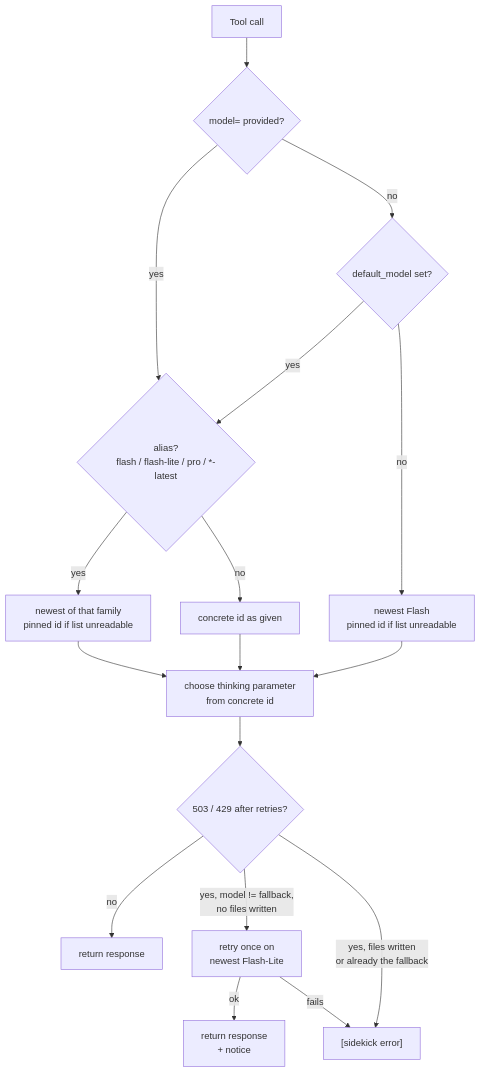
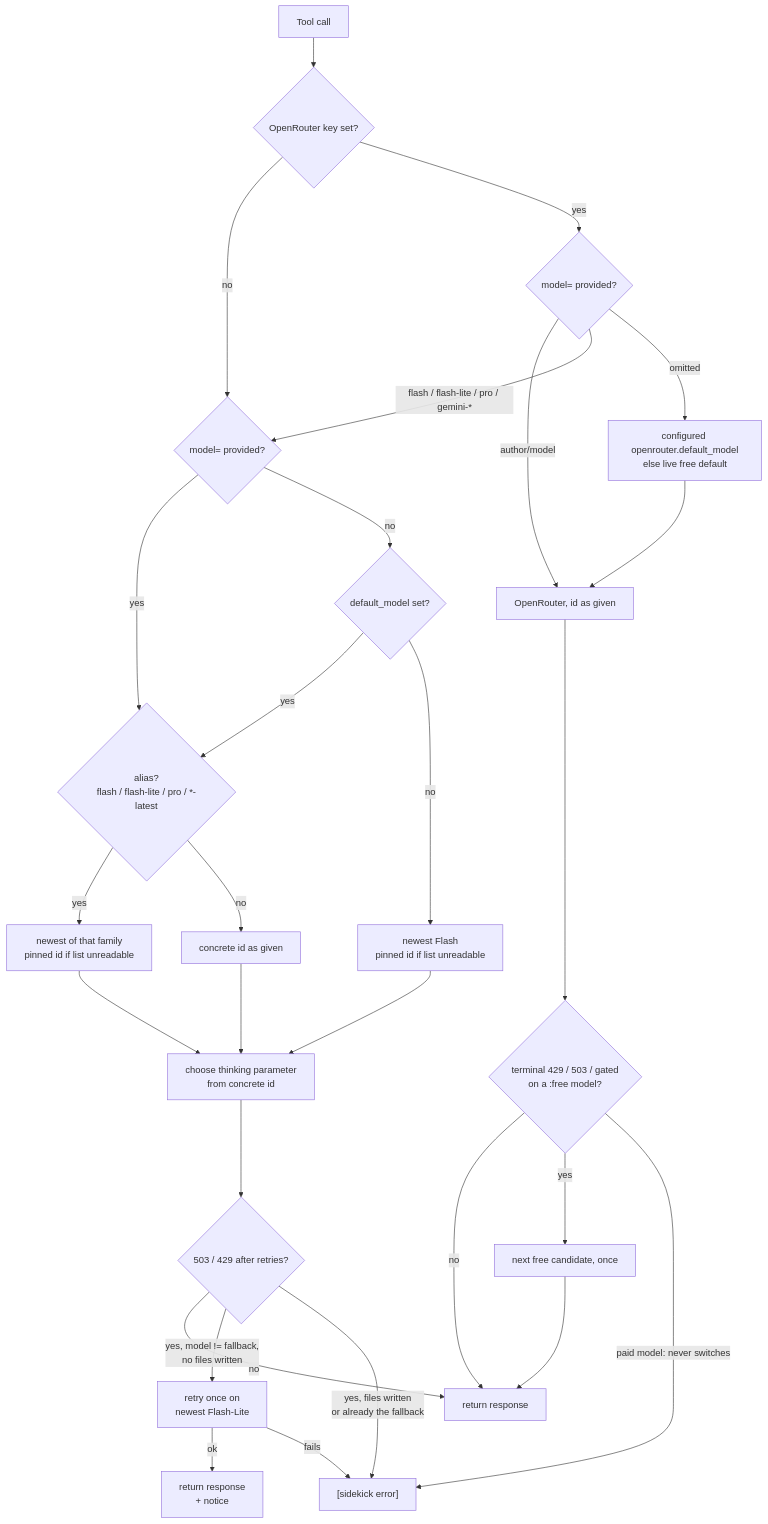
Before and after one commit to FlintAndFilament/sidekick: the diagram in docs/diagrams/model-resolution.mermaid, drawn with Mermaid. The commit also changed 15 other files, not shown here.

First line of the commit message:
docs: OpenRouter backend: plugin description, auth, configuration, tools, diagrams

```diff
--- a/docs/diagrams/model-resolution.mermaid
+++ b/docs/diagrams/model-resolution.mermaid
@@ -1,17 +1,28 @@
 flowchart TD
-    A[Tool call] --> B{model= provided?}
+    A[Tool call] --> OK{OpenRouter key set?}
+    OK -->|no| B{model= provided?}
+    OK -->|yes| OM{model= provided?}
+    OM -->|"author/model"| OP[OpenRouter, id as given]
+    OM -->|"flash / flash-lite / pro / gemini-*"| B
+    OM -->|omitted| OD[configured openrouter.default_model<br/>else live free default]
+    OD --> OP
+    OP --> OE{"terminal 429 / 503 / gated<br/>on a :free model?"}
+    OE -->|no| J
+    OE -->|yes| OF[next free candidate, once]
+    OF --> J
+    OE -->|"paid model: never switches"| X
     B -->|yes| C{alias?<br/>flash / flash-lite / pro / *-latest}
     B -->|no| D{default_model set?}
     D -->|yes| C
     D -->|no| F[newest Flash<br/>pinned id if list unreadable]
     C -->|yes| E[newest of that family<br/>pinned id if list unreadable]
     C -->|no| G[concrete id as given]
     E --> H[choose thinking parameter<br/>from concrete id]
     F --> H
     G --> H
     H --> I{503 / 429 after retries?}
     I -->|no| J[return response]
     I -->|yes, model != fallback,<br/>no files written| K[retry once on<br/>newest Flash-Lite]
     I -->|yes, files written<br/>or already the fallback| X["[sidekick error]"]
     K -->|ok| L[return response<br/>+ notice]
     K -->|fails| X
```
